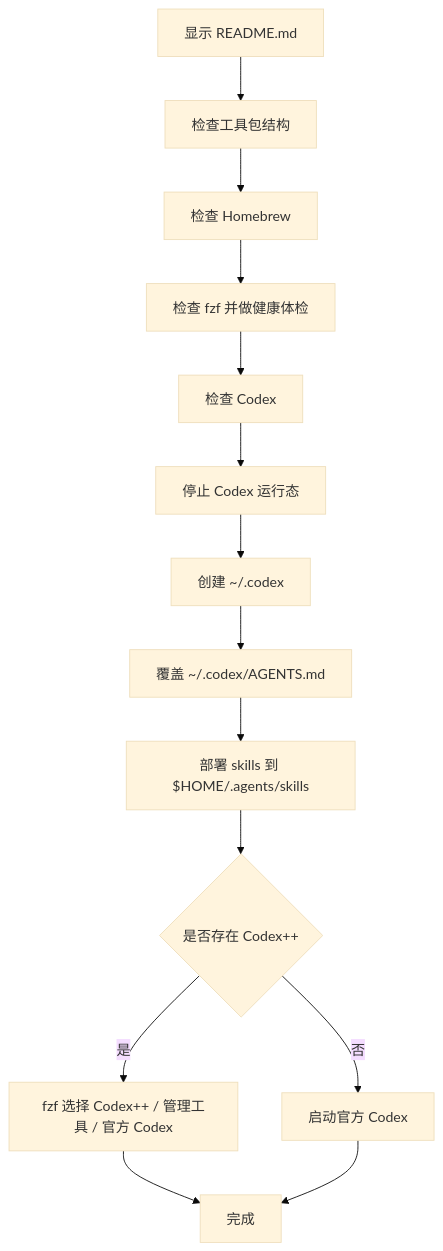
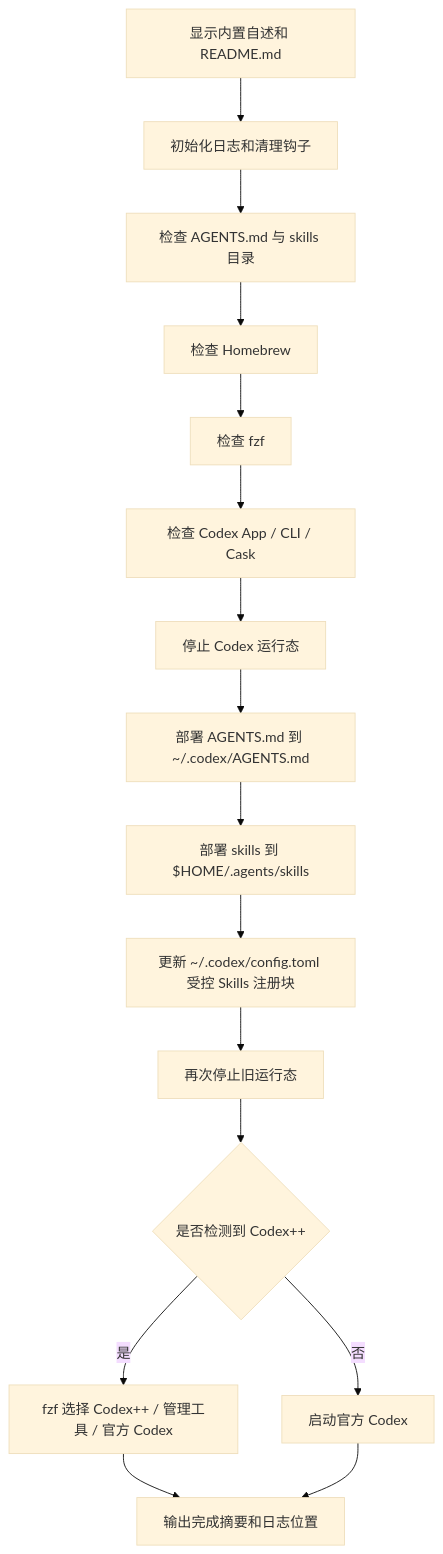
Before and after one commit to JobsKits/JobsCodexConfigs: the diagram in README.md, drawn with Mermaid (base theme). The commit also changed other lines of this file and 3 other files, not shown here.

````diff
--- a/README.md
+++ b/README.md
@@ -170,16 +148,18 @@
 ```mermaid
 flowchart TD
-  A[显示 README.md] --> B[检查工具包结构]
-  B --> C[检查 Homebrew]
-  C --> D[检查 fzf 并做健康体检]
-  D --> E[检查 Codex]
-  E --> F[停止 Codex 运行态]
-  F --> G[创建 ~/.codex]
-  G --> H[覆盖 ~/.codex/AGENTS.md]
+  A[显示内置自述和 README.md] --> B[初始化日志和清理钩子]
+  B --> C[检查 AGENTS.md 与 skills 目录]
+  C --> D[检查 Homebrew]
+  D --> E[检查 fzf]
+  E --> F[检查 Codex App / CLI / Cask]
+  F --> G[停止 Codex 运行态]
+  G --> H[部署 AGENTS.md 到 ~/.codex/AGENTS.md]
   H --> I[部署 skills 到 $HOME/.agents/skills]
-  I --> J{是否存在 Codex++}
-  J -- 是 --> K[fzf 选择 Codex++ / 管理工具 / 官方 Codex]
-  J -- 否 --> L[启动官方 Codex]
-  K --> M[完成]
-  L --> M[完成]
+  I --> J[更新 ~/.codex/config.toml 受控 Skills 注册块]
+  J --> K[再次停止旧运行态]
+  K --> L{是否检测到 Codex++}
+  L -- 是 --> M[fzf 选择 Codex++ / 管理工具 / 官方 Codex]
+  L -- 否 --> N[启动官方 Codex]
+  M --> O[输出完成摘要和日志位置]
+  N --> O
 ```
````
